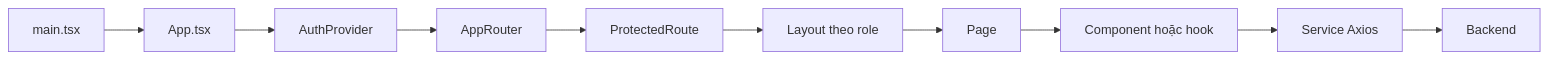
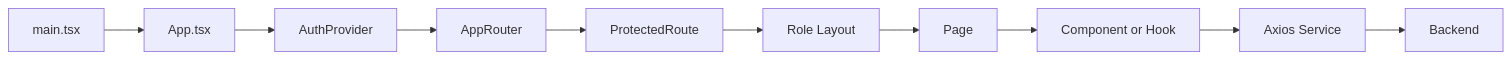
The first of 3 diagrams in frontend/FE_FILE_GUIDE.md (MinhPhuc00ne/project-nexus), drawn with Mermaid before and after one commit. The commit also changed other lines of this file and 9 other files, not shown here.

````diff
--- a/frontend/FE_FILE_GUIDE.md
+++ b/frontend/FE_FILE_GUIDE.md
@@ -33,12 +33,12 @@
 ```mermaid
 flowchart LR
   A[main.tsx] --> B[App.tsx]
   B --> C[AuthProvider]
   C --> D[AppRouter]
   D --> E[ProtectedRoute]
-  E --> F[Layout theo role]
+  E --> F[Role Layout]
   F --> G[Page]
-  G --> H[Component hoặc hook]
-  H --> I[Service Axios]
+  G --> H[Component or Hook]
+  H --> I[Axios Service]
   I --> J[Backend]
 ```
````
